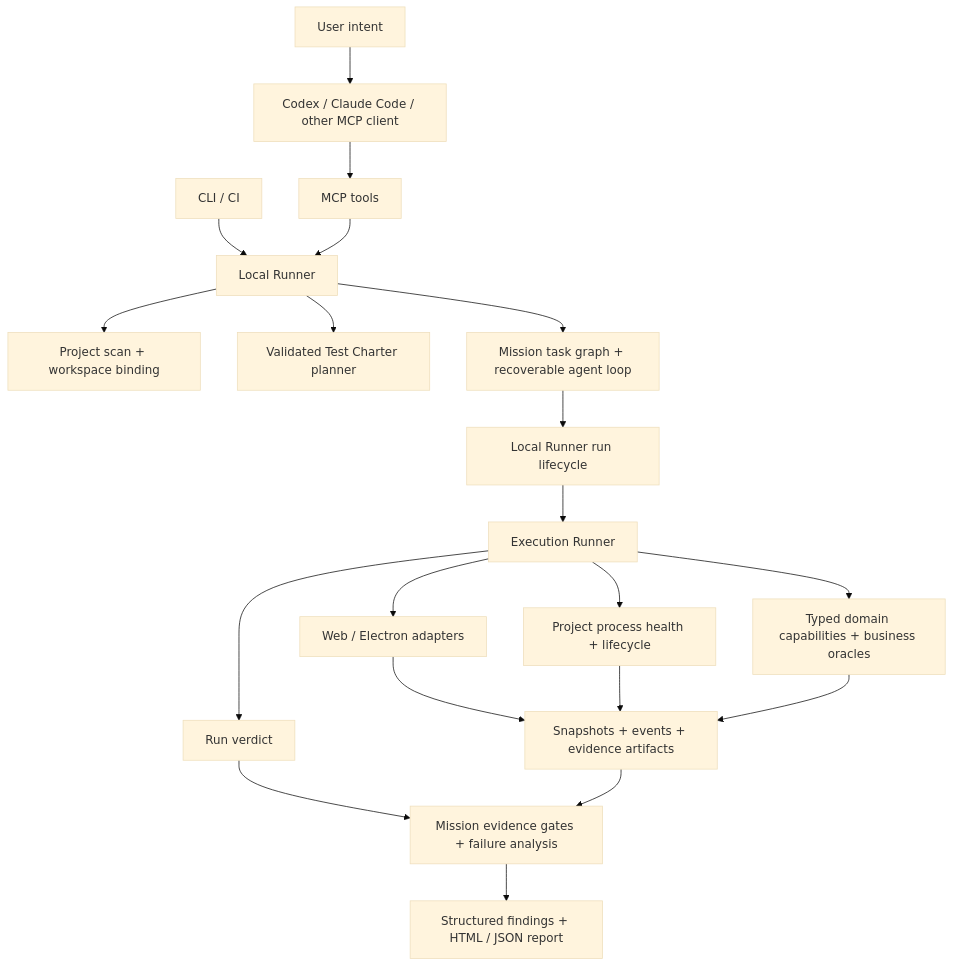
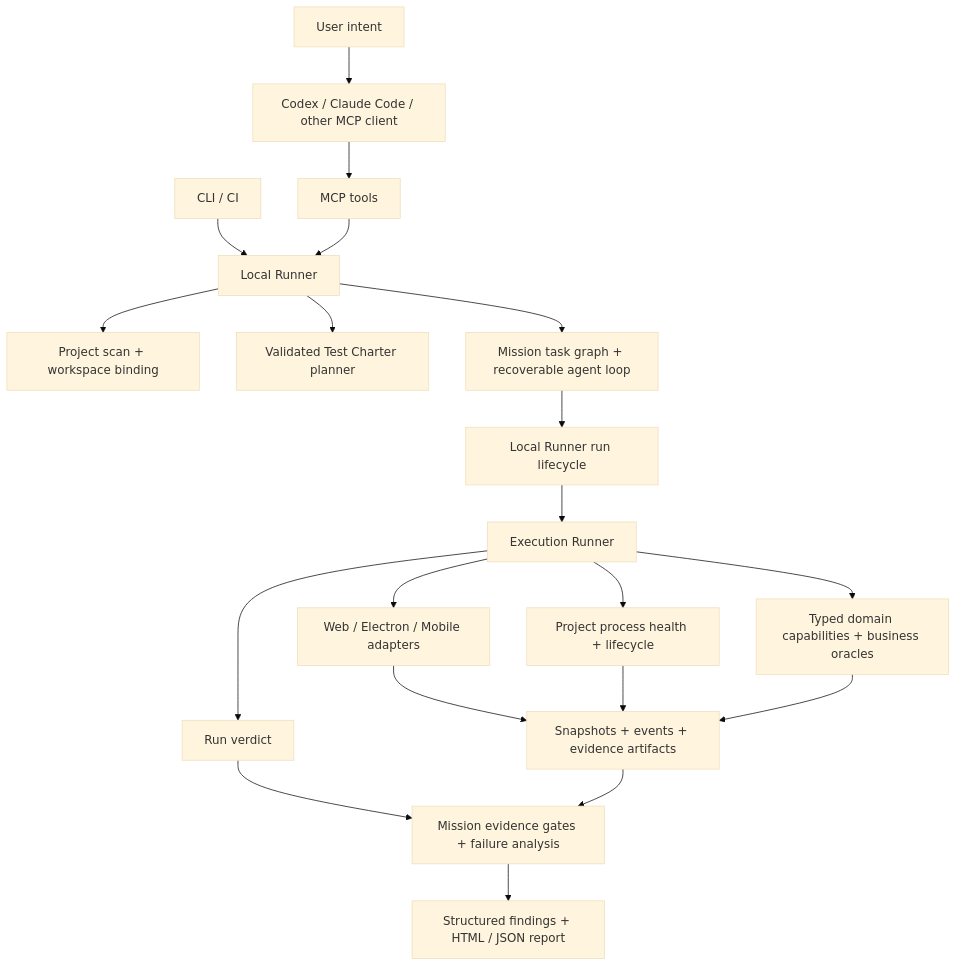
Before and after one commit to shutu-hub/proofkit-ai: the diagram in docs/architecture.md, drawn with Mermaid (base theme). The commit also changed other lines of this file and 11 other files, not shown here.

````diff
--- a/docs/architecture.md
+++ b/docs/architecture.md
@@ -11,22 +11,22 @@
 ```mermaid
 flowchart TD
   User[User intent] --> Host[Codex / Claude Code / other MCP client]
   Host --> MCP[MCP tools]
   CLI[CLI / CI] --> Local[Local Runner]
   MCP --> Local
   Local --> Project[Project scan + workspace binding]
   Local --> Planner[Validated Test Charter planner]
   Local --> Agent[Mission task graph + recoverable agent loop]
   Agent --> Runs[Local Runner run lifecycle]
   Runs --> Kernel[Execution Runner]
-  Kernel --> Surface[Web / Electron adapters]
+  Kernel --> Surface[Web / Electron / Mobile adapters]
   Kernel --> Runtime[Project process health + lifecycle]
   Kernel --> Integration[Typed domain capabilities + business oracles]
   Surface --> Evidence[Snapshots + events + evidence artifacts]
   Runtime --> Evidence
   Integration --> Evidence
   Kernel --> Verdict[Run verdict]
   Verdict --> Verify[Mission evidence gates + failure analysis]
   Evidence --> Verify
   Verify --> Result[Structured findings + HTML / JSON report]
 ```
````
